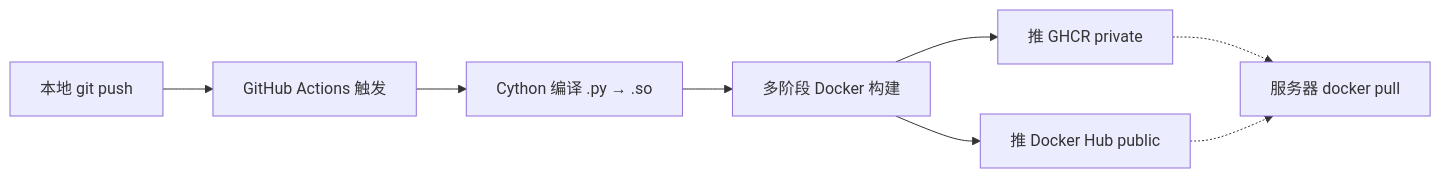
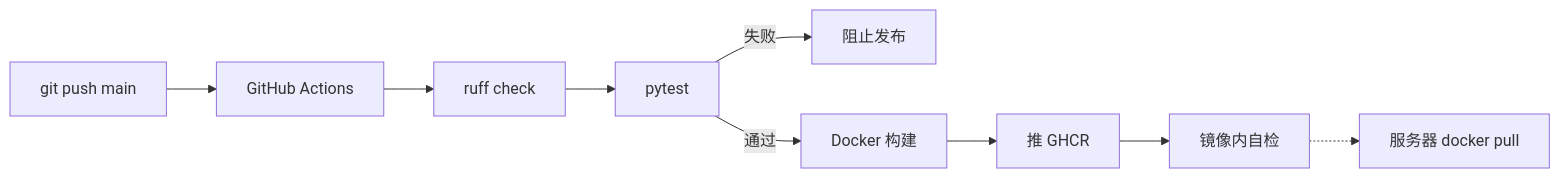
One commit to mrsxs/douyin-spark changed the diagram in obsidian-vault/40-开发流程.md. Above: the diagram before and after it, drawn with Mermaid. The commit also changed other lines of this file and 92 other files, not shown here.

````diff
--- a/obsidian-vault/40-开发流程.md
+++ b/obsidian-vault/40-开发流程.md
@@ -34,10 +48,11 @@
 ```mermaid
 flowchart LR
-  A[本地 git push] --> B[GitHub Actions 触发]
-  B --> C[Cython 编译 .py → .so]
-  C --> D[多阶段 Docker 构建]
-  D --> E[推 GHCR private]
-  D --> F[推 Docker Hub public]
-  E -.-> G[服务器 docker pull]
-  F -.-> G
+  A[git push main] --> B[GitHub Actions]
+  B --> C[ruff check]
+  C --> D[pytest]
+  D -->|失败| X[阻止发布]
+  D -->|通过| E[Docker 构建]
+  E --> F[推 GHCR]
+  F --> G[镜像内自检]
+  G -.-> H[服务器 docker pull]
 ```
````
